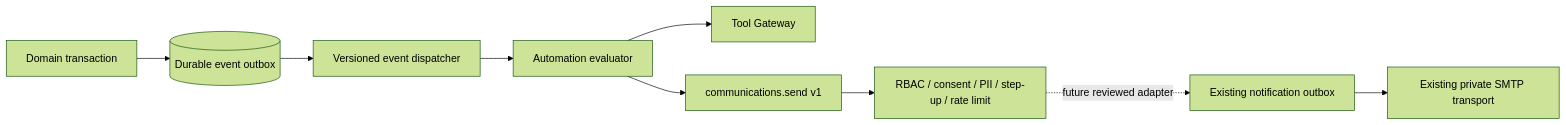
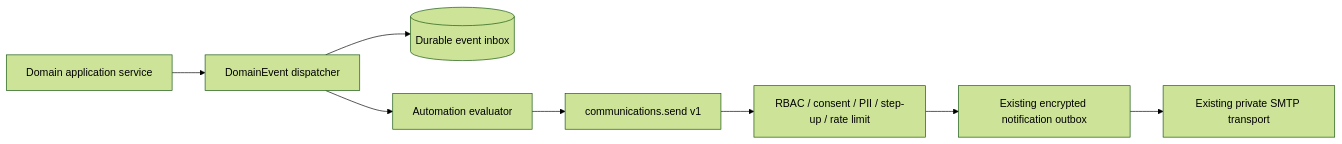
The diagram in docs/architecture/connect-events-automation-communications.md (DevOps-Solutions-IA/Asodef), drawn with Mermaid (forest theme) before and after one commit. The commit also changed other lines of this file and 23 other files, not shown here.

````diff
--- a/docs/architecture/connect-events-automation-communications.md
+++ b/docs/architecture/connect-events-automation-communications.md
@@ -27,11 +27,10 @@
 ```mermaid
 flowchart LR
-  D[Domain transaction] --> O[(Durable event outbox)]
-  O --> E[Versioned event dispatcher]
+  D[Domain application service] --> E[DomainEvent dispatcher]
+  E --> O[(Durable event inbox)]
   E --> A[Automation evaluator]
-  A --> T[Tool Gateway]
   A --> C[communications.send v1]
   C --> P[RBAC / consent / PII / step-up / rate limit]
-  P -. future reviewed adapter .-> N[Existing notification outbox]
+  P --> N[Existing encrypted notification outbox]
   N --> M[Existing private SMTP transport]
 ```
````
